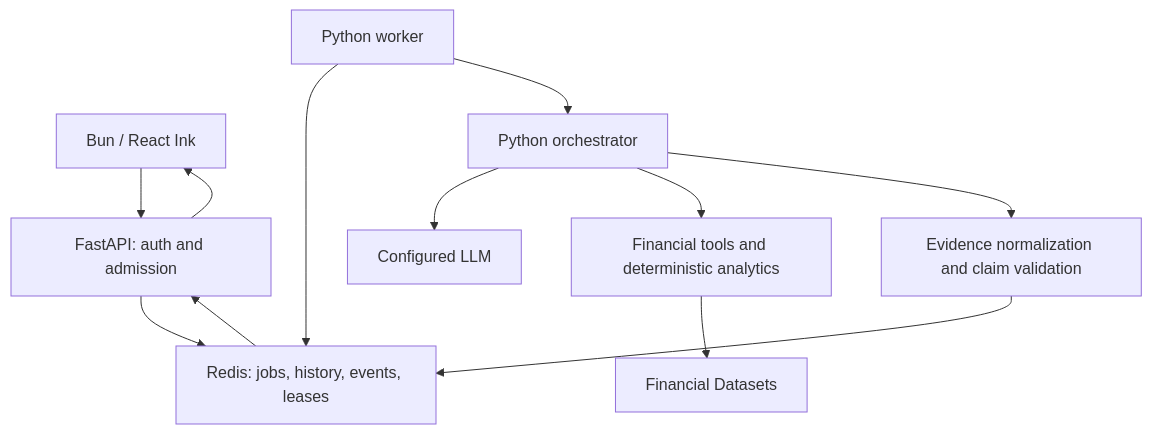
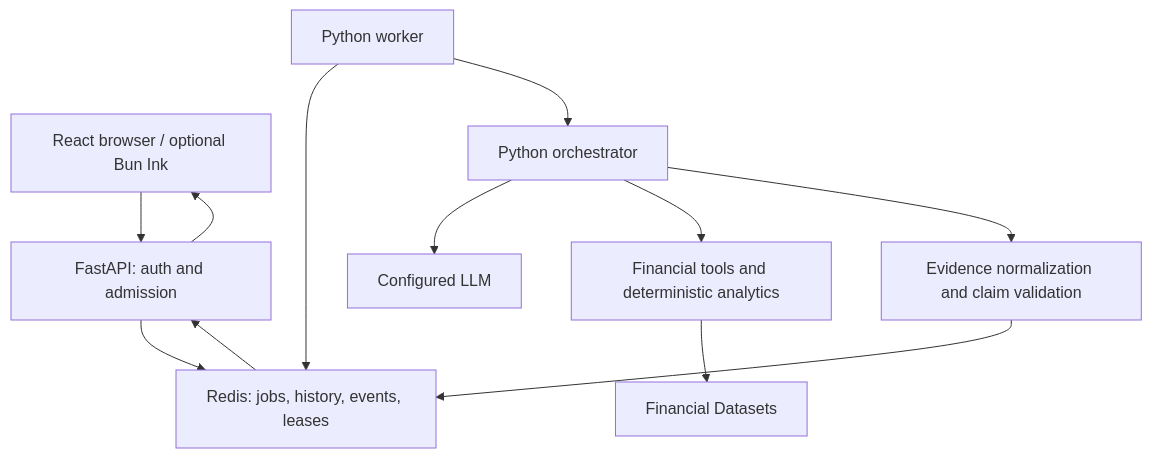
One commit to SteveParadox/FinancialAgentia changed the diagram in python-backend/END_TO_END_OPERATIONS.md. Above: the diagram before and after it, drawn with Mermaid. The commit also changed other lines of this file and 2 other files, not shown here.

Commit message:
docs: align backend and deployment references with browser-first setup

````diff
--- a/python-backend/END_TO_END_OPERATIONS.md
+++ b/python-backend/END_TO_END_OPERATIONS.md
@@ -5,14 +7,14 @@
 ```mermaid
 flowchart TD
-  UI["Bun / React Ink"] --> API["FastAPI: auth and admission"]
+  UI["React browser / optional Bun Ink"] --> API["FastAPI: auth and admission"]
   API --> Redis["Redis: jobs, history, events, leases"]
   Worker["Python worker"] --> Redis
   Worker --> Agent["Python orchestrator"]
   Agent --> LLM["Configured LLM"]
   Agent --> Tools["Financial tools and deterministic analytics"]
   Tools --> Provider["Financial Datasets"]
   Agent --> Evidence["Evidence normalization and claim validation"]
   Evidence --> Redis
   Redis --> API
   API --> UI
 ```
````
